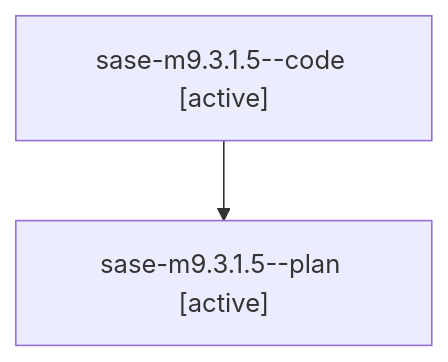
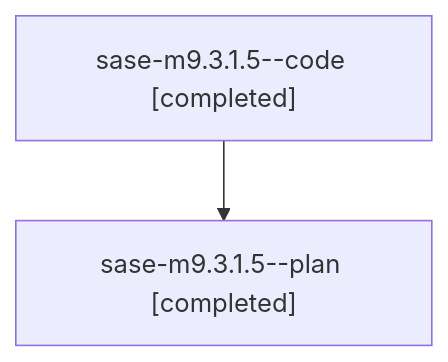
The diagram in families/bbugyi200.athena.sase-m9.3.1.5.md (sase-org/sase--agents), drawn with Mermaid before and after one commit. The commit also changed other lines of this file and 78 other files, not shown here.

````diff
--- a/families/bbugyi200.athena.sase-m9.3.1.5.md
+++ b/families/bbugyi200.athena.sase-m9.3.1.5.md
@@ -9,6 +9,6 @@
 ```mermaid
 flowchart TD
-  n0["sase-m9.3.1.5--code [active]"]
-  n1["sase-m9.3.1.5--plan [active]"]
+  n0["sase-m9.3.1.5--code [completed]"]
+  n1["sase-m9.3.1.5--plan [completed]"]
   n0 --> n1
 ```
````
